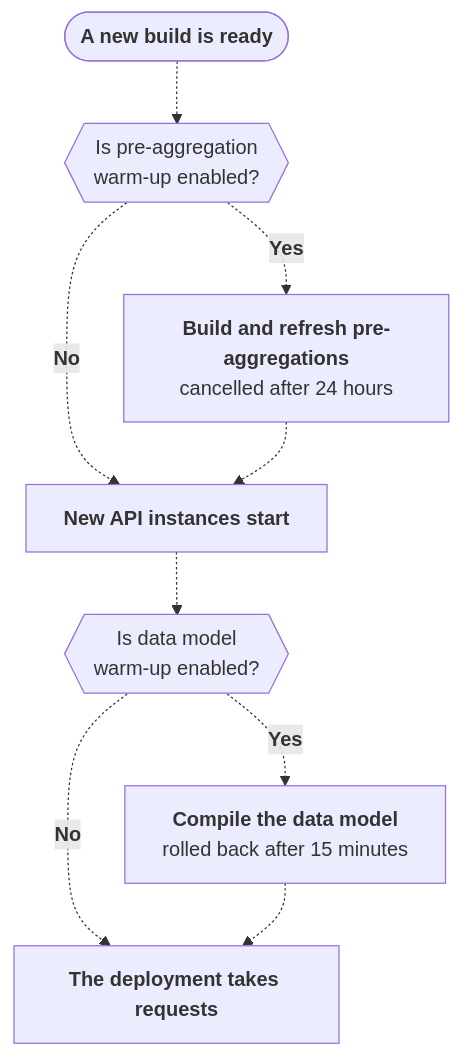
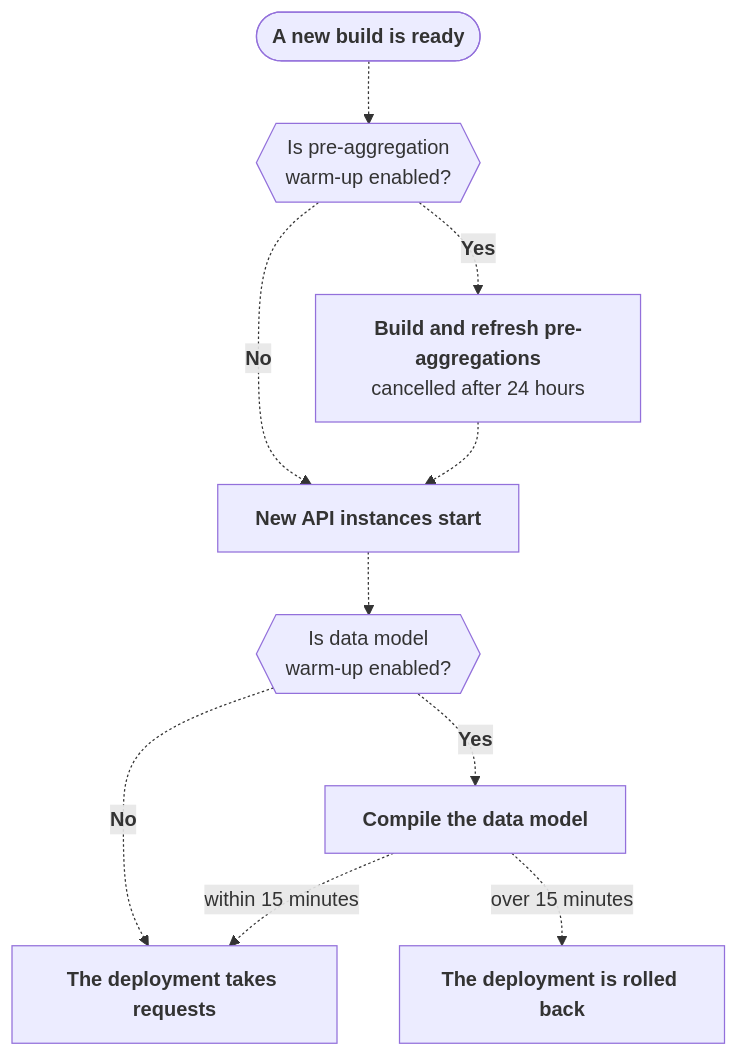
The diagram in docs-mintlify/admin/deployment/warm-up.mdx (cube-js/cube), drawn with Mermaid before and after one commit.

Commit message:
docs: a rolled-back data model warm-up doesn't take requests

````diff
--- a/docs-mintlify/admin/deployment/warm-up.mdx
+++ b/docs-mintlify/admin/deployment/warm-up.mdx
@@ -34,20 +34,22 @@
 ```mermaid actions={false}
 flowchart TB
   accTitle: Warm-up order
-  accDescr: When a new build is ready, pre-aggregations are built and refreshed if pre-aggregation warm-up is enabled, and cancelled after 24 hours. Then new API instances start. If data model warm-up is enabled, the data model is compiled, and rolled back after 15 minutes. Then the deployment takes requests.
+  accDescr: When a new build is ready, pre-aggregations are built and refreshed if pre-aggregation warm-up is enabled, and cancelled after 24 hours. Then new API instances start. If data model warm-up is enabled, the data model is compiled: if that takes up to 15 minutes, the deployment takes requests; if it takes longer, the deployment is rolled back.
   A(["<b>A new build is ready</b>"]):::start
   Q1{{"Is pre-aggregation<br/>warm-up enabled?"}}:::ask
   P["<b>Build and refresh pre-aggregations</b><br/>cancelled after 24 hours"]:::tile
   I["<b>New API instances start</b>"]:::tile
   Q2{{"Is data model<br/>warm-up enabled?"}}:::ask
-  M["<b>Compile the data model</b><br/>rolled back after 15 minutes"]:::tile
+  M["<b>Compile the data model</b>"]:::tile
   R["<b>The deployment takes requests</b>"]:::out
+  X["<b>The deployment is rolled back</b>"]:::tile
   A -.-> Q1
   Q1 -.->|<b class=yes>Yes</b>| P
   Q1 -.->|<b class=no>No</b>| I
   P -.-> I
   I -.-> Q2
   Q2 -.->|<b class=yes>Yes</b>| M
   Q2 -.->|<b class=no>No</b>| R
-  M -.-> R
+  M -.->|within 15 minutes| R
+  M -.->|over 15 minutes| X
 ```
````
